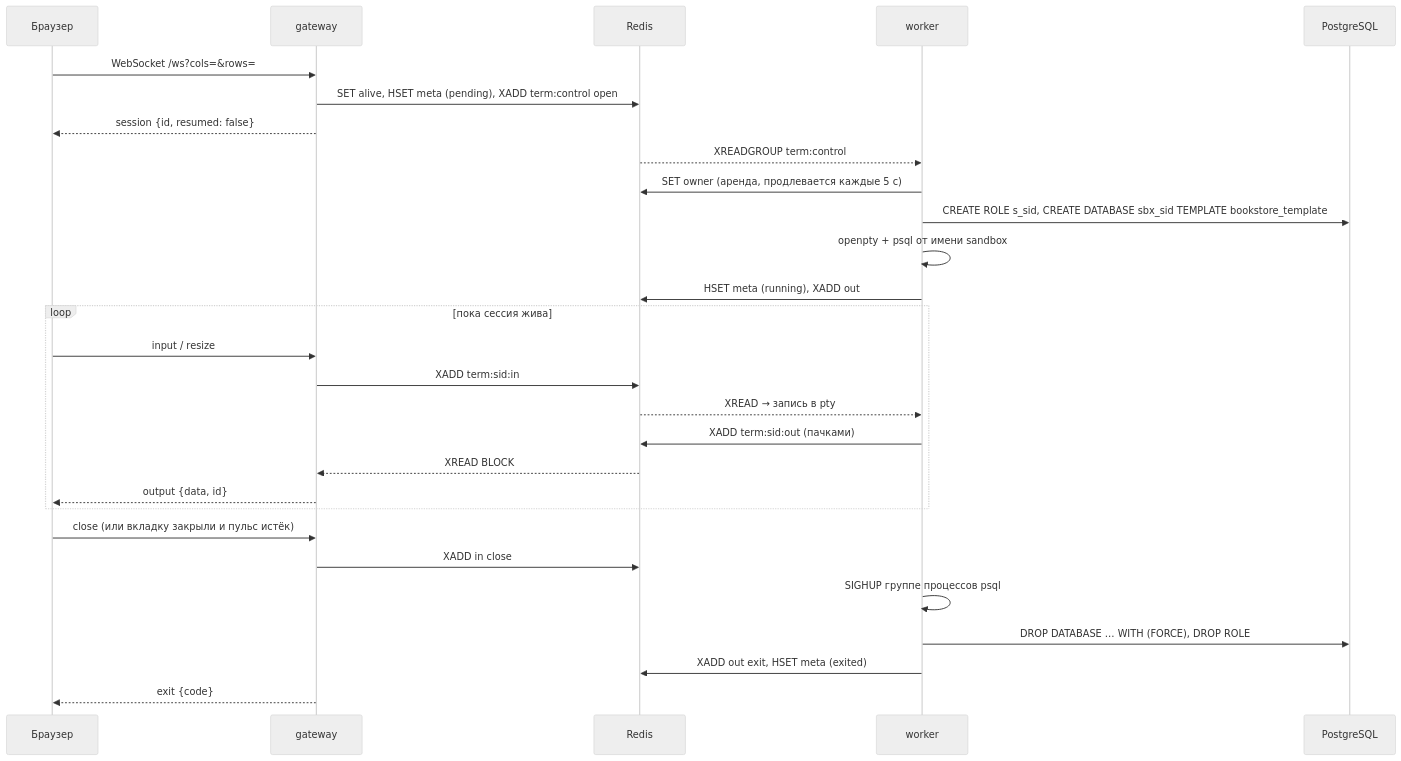
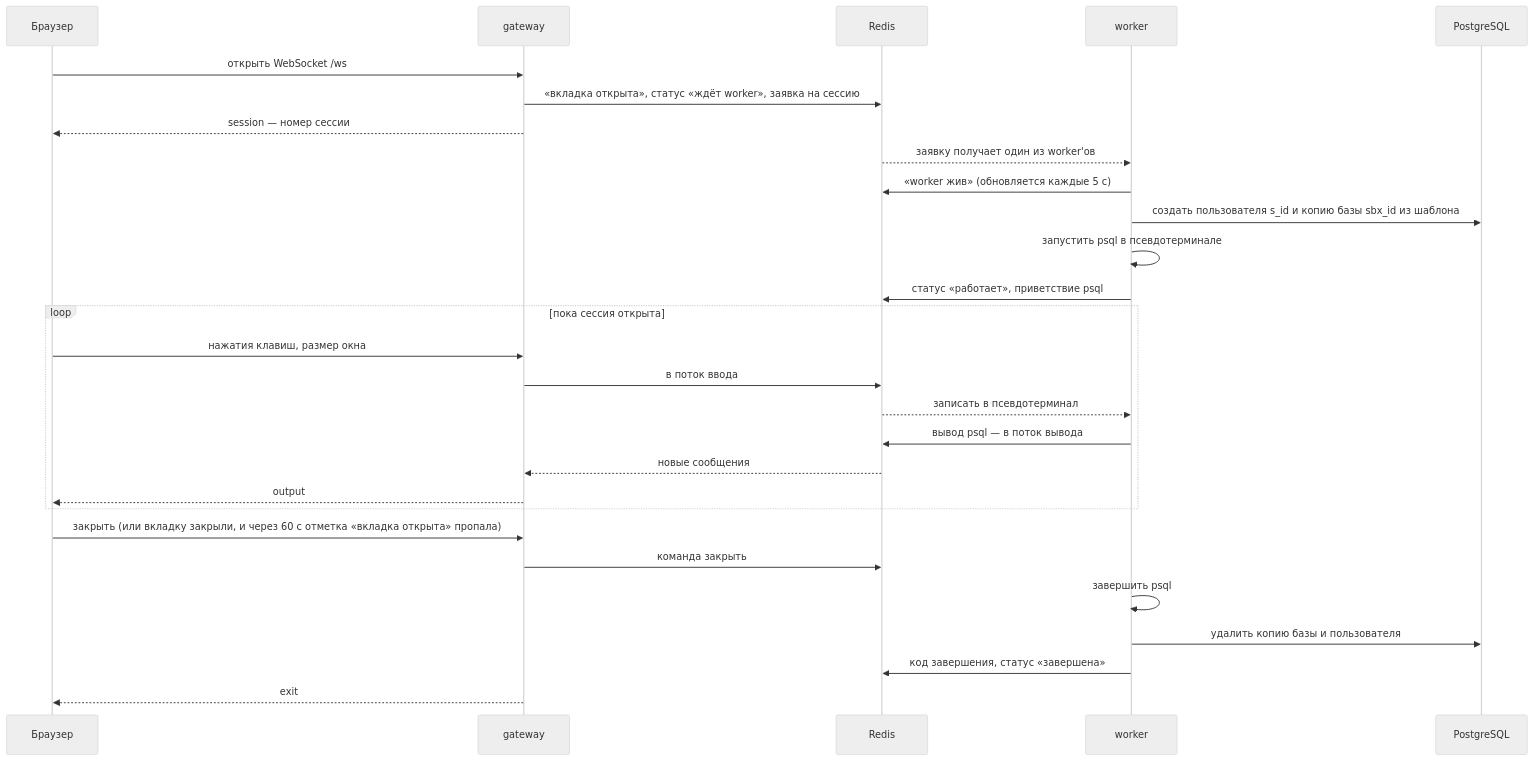
Before and after one commit to ZhdankovAlex/web-psql: the second of 2 diagrams in docs/architecture.md, drawn with Mermaid (neutral theme). The commit also changed other lines of this file and 8 other files, not shown here.

````diff
--- a/docs/architecture.md
+++ b/docs/architecture.md
@@ -39,31 +45,31 @@
 ```mermaid
 sequenceDiagram
     participant B as Браузер
     participant G as gateway
     participant R as Redis
     participant W as worker
     participant PG as PostgreSQL
 
-    B->>G: WebSocket /ws?cols=&rows=
-    G->>R: SET alive, HSET meta (pending), XADD term:control open
-    G-->>B: session {id, resumed: false}
-    R-->>W: XREADGROUP term:control
-    W->>R: SET owner (аренда, продлевается каждые 5 с)
-    W->>PG: CREATE ROLE s_sid, CREATE DATABASE sbx_sid TEMPLATE bookstore_template
-    W->>W: openpty + psql от имени sandbox
-    W->>R: HSET meta (running), XADD out
-    loop пока сессия жива
-        B->>G: input / resize
-        G->>R: XADD term:sid:in
-        R-->>W: XREAD → запись в pty
-        W->>R: XADD term:sid:out (пачками)
-        R-->>G: XREAD BLOCK
-        G-->>B: output {data, id}
+    B->>G: открыть WebSocket /ws
+    G->>R: «вкладка открыта», статус «ждёт worker», заявка на сессию
+    G-->>B: session — номер сессии
+    R-->>W: заявку получает один из worker'ов
+    W->>R: «worker жив» (обновляется каждые 5 с)
+    W->>PG: создать пользователя s_id и копию базы sbx_id из шаблона
+    W->>W: запустить psql в псевдотерминале
+    W->>R: статус «работает», приветствие psql
+    loop пока сессия открыта
+        B->>G: нажатия клавиш, размер окна
+        G->>R: в поток ввода
+        R-->>W: записать в псевдотерминал
+        W->>R: вывод psql — в поток вывода
+        R-->>G: новые сообщения
+        G-->>B: output
     end
-    B->>G: close (или вкладку закрыли и пульс истёк)
-    G->>R: XADD in close
-    W->>W: SIGHUP группе процессов psql
-    W->>PG: DROP DATABASE … WITH (FORCE), DROP ROLE
-    W->>R: XADD out exit, HSET meta (exited)
-    G-->>B: exit {code}
+    B->>G: закрыть (или вкладку закрыли, и через 60 с отметка «вкладка открыта» пропала)
+    G->>R: команда закрыть
+    W->>W: завершить psql
+    W->>PG: удалить копию базы и пользователя
+    W->>R: код завершения, статус «завершена»
+    G-->>B: exit
 ```
````
